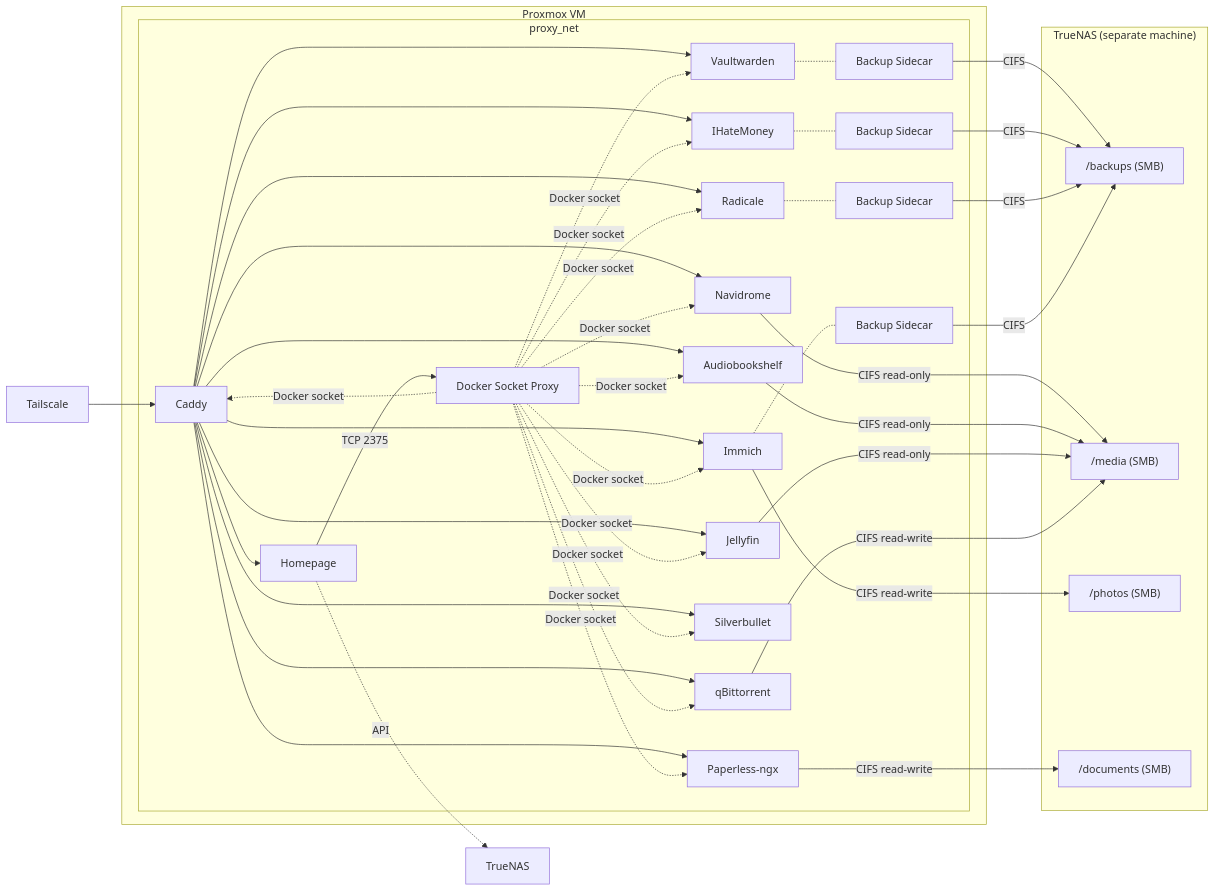
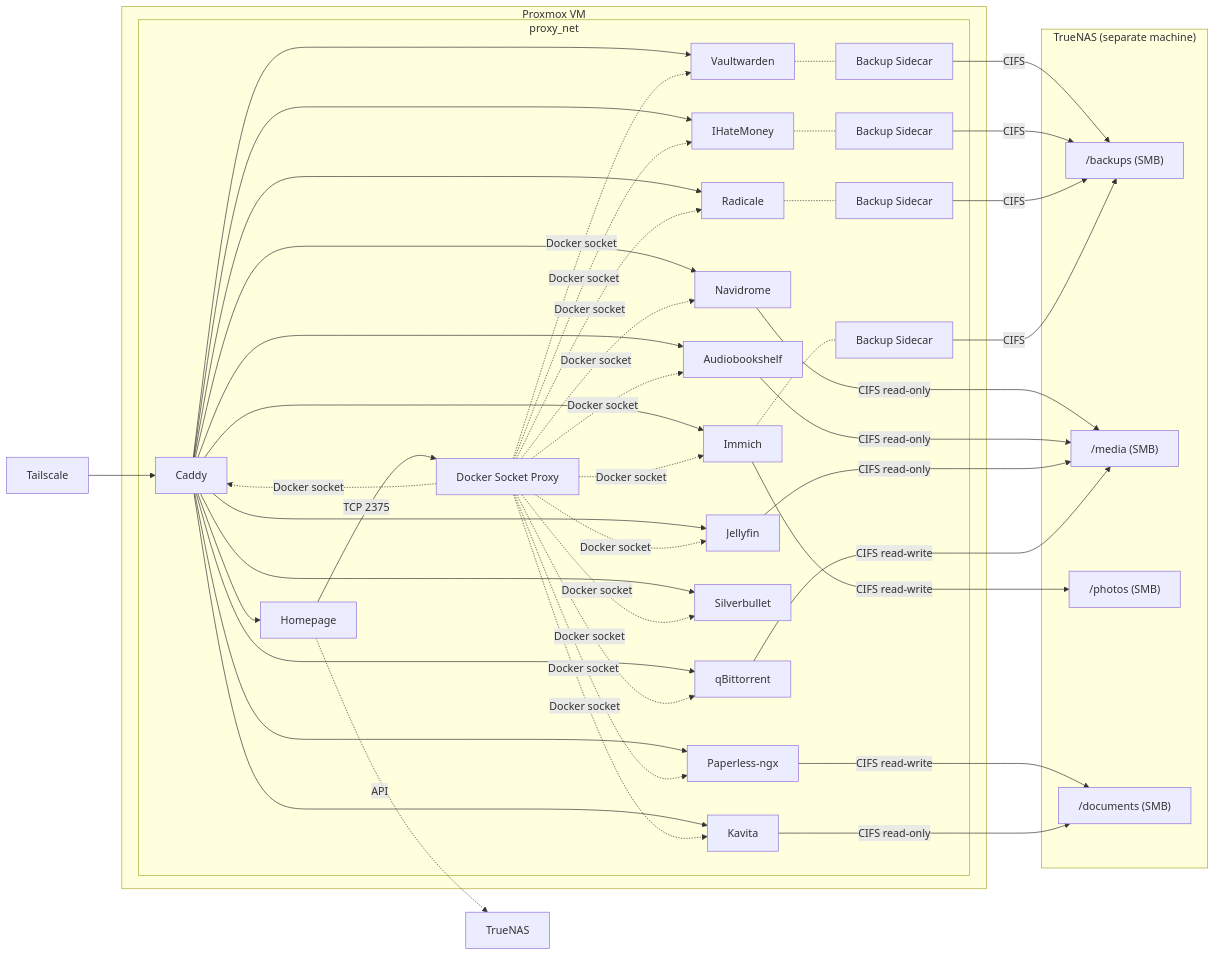
Before and after one commit to masolnada/homelab: the first of 2 diagrams in README.md, drawn with Mermaid. The commit also changed other lines of this file and 3 other files, not shown here.

Commit message:
feat: add kavita ebook/PDF reading server to documents stack

````diff
--- a/README.md
+++ b/README.md
@@ -7,57 +7,60 @@
 ```mermaid
 graph LR
     TS[Tailscale] --> Caddy
 
     subgraph VM["Proxmox VM"]
         subgraph proxy_net
             Caddy --> Homepage
             Caddy --> Vaultwarden
             Caddy --> Navidrome
             Caddy --> Audiobookshelf
             Caddy --> IHateMoney
             Caddy --> Jellyfin
             Caddy --> qBittorrent
             Caddy --> Radicale
             Caddy --> Silverbullet
             Caddy --> Immich[Immich]
             Caddy --> Paperless[Paperless-ngx]
+            Caddy --> Kavita
             Homepage -->|TCP 2375| DockerProxy[Docker Socket Proxy]
             DockerProxy -.->|Docker socket| Caddy
             DockerProxy -.->|Docker socket| Vaultwarden
             DockerProxy -.->|Docker socket| Navidrome
             DockerProxy -.->|Docker socket| Audiobookshelf
             DockerProxy -.->|Docker socket| IHateMoney
             DockerProxy -.->|Docker socket| Jellyfin
             DockerProxy -.->|Docker socket| qBittorrent
             DockerProxy -.->|Docker socket| Radicale
             DockerProxy -.->|Docker socket| Silverbullet
             DockerProxy -.->|Docker socket| Immich
             DockerProxy -.->|Docker socket| Paperless
+            DockerProxy -.->|Docker socket| Kavita
             Vaultwarden -.- Backup[Backup Sidecar]
             IHateMoney -.- IHMBackup[Backup Sidecar]
             Radicale -.- RadBackup[Backup Sidecar]
             Immich -.- ImmichBackup[Backup Sidecar]
         end
     end
 
     subgraph NAS["TrueNAS (separate machine)"]
         backups["/backups (SMB)"]
         media["/media (SMB)"]
         photos["/photos (SMB)"]
         documents["/documents (SMB)"]
     end
 
     Homepage -.->|API| TrueNAS
 
     Backup -->|CIFS| backups
     IHMBackup -->|CIFS| backups
     RadBackup -->|CIFS| backups
     ImmichBackup -->|CIFS| backups
 
     Navidrome -->|CIFS read-only| media
     Audiobookshelf -->|CIFS read-only| media
     Jellyfin -->|CIFS read-only| media
     qBittorrent -->|CIFS read-write| media
     Immich -->|CIFS read-write| photos
     Paperless -->|CIFS read-write| documents
+    Kavita -->|CIFS read-only| documents
 ```
````
